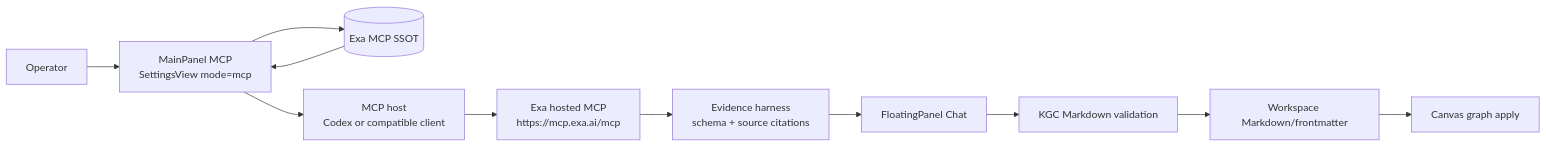
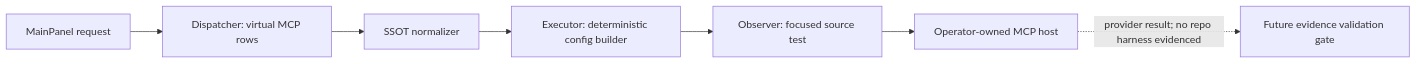
One commit to huijoohwee/agentic-graph changed the first of 2 diagrams in docs/documents/knowgrph-mcp/knowgrph-exa-mcp-prd-tad.md. Above: the diagram before and after it, drawn with Mermaid. The commit also changed other lines of this file and 76 other files, not shown here.

````diff
--- a/docs/documents/knowgrph-mcp/knowgrph-exa-mcp-prd-tad.md
+++ b/docs/documents/knowgrph-mcp/knowgrph-exa-mcp-prd-tad.md
@@ -250,24 +173,9 @@
 ```mermaid
 flowchart LR
-  Operator["Operator"]
-  MainPanelMcp["MainPanel MCP\nSettingsView mode=mcp"]
-  ExaSsot[("Exa MCP SSOT")]
-  McpHost["MCP host\nCodex or compatible client"]
-  ExaRemote["Exa hosted MCP\nhttps://mcp.exa.ai/mcp"]
-  EvidenceHarness["Evidence harness\nschema + source citations"]
-  FloatingChat["FloatingPanel Chat"]
-  KgcValidation["KGC Markdown validation"]
-  Workspace["Workspace Markdown/frontmatter"]
-  Canvas["Canvas graph apply"]
-
-  Operator --> MainPanelMcp
-  MainPanelMcp --> ExaSsot
-  ExaSsot --> MainPanelMcp
-  MainPanelMcp --> McpHost
-  McpHost --> ExaRemote
-  ExaRemote --> EvidenceHarness
-  EvidenceHarness --> FloatingChat
-  FloatingChat --> KgcValidation
-  KgcValidation --> Workspace
-  Workspace --> Canvas
+    A["MainPanel request"] --> B["Dispatcher: virtual MCP rows"]
+    B --> C["SSOT normalizer"]
+    C --> D["Executor: deterministic config builder"]
+    D --> E["Observer: focused source test"]
+    E --> F["Operator-owned MCP host"]
+    F -. "provider result; no repo harness evidenced" .-> G["Future evidence validation gate"]
 ```
````
